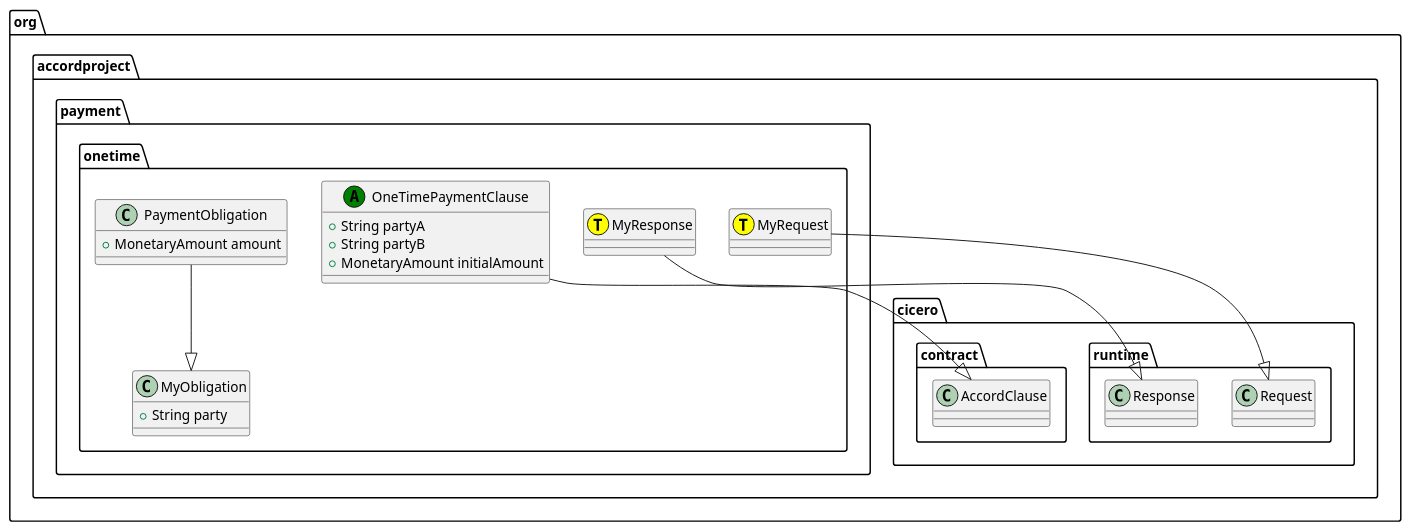
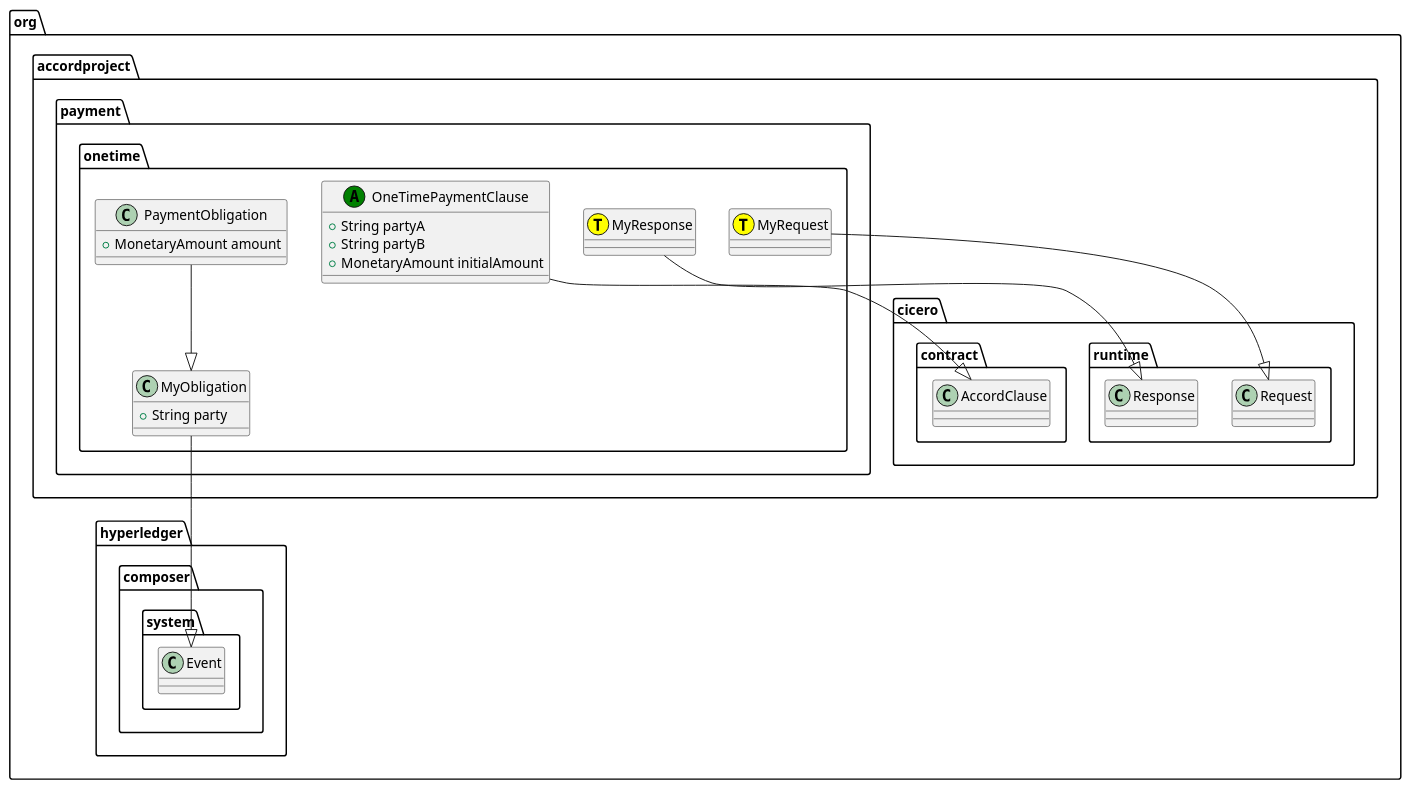
The diagram in build/one-time-payment@0.1.0.puml (accordproject/cicero-template-library), drawn with PlantUML before and after one commit. The commit also changed 26 other files, not shown here.

```diff
--- a/build/one-time-payment@0.1.0.puml
+++ b/build/one-time-payment@0.1.0.puml
@@ -1,21 +1,22 @@
 @startuml
 class org.accordproject.payment.onetime.MyRequest << (T,yellow) >> {
 }
 org.accordproject.payment.onetime.MyRequest --|> org.accordproject.cicero.runtime.Request
 class org.accordproject.payment.onetime.MyResponse << (T,yellow) >> {
 }
 org.accordproject.payment.onetime.MyResponse --|> org.accordproject.cicero.runtime.Response
 class org.accordproject.payment.onetime.MyObligation {
    + String party
 }
+org.accordproject.payment.onetime.MyObligation --|> org.hyperledger.composer.system.Event
 class org.accordproject.payment.onetime.PaymentObligation {
    + MonetaryAmount amount
 }
 org.accordproject.payment.onetime.PaymentObligation --|> org.accordproject.payment.onetime.MyObligation
 class org.accordproject.payment.onetime.OneTimePaymentClause << (A,green) >> {
    + String partyA
    + String partyB
    + MonetaryAmount initialAmount
 }
 org.accordproject.payment.onetime.OneTimePaymentClause --|> org.accordproject.cicero.contract.AccordClause
 @enduml
```
